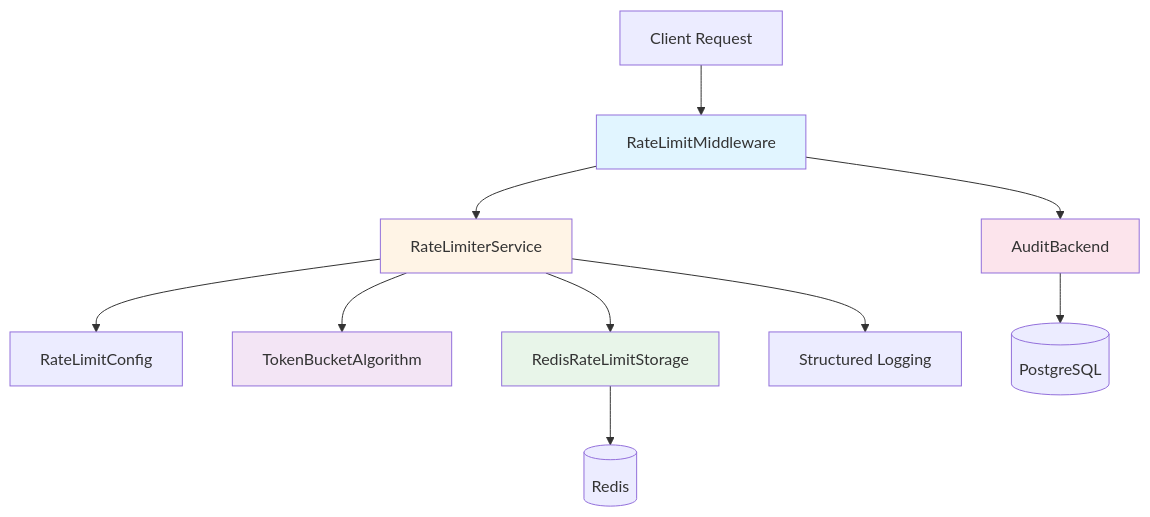
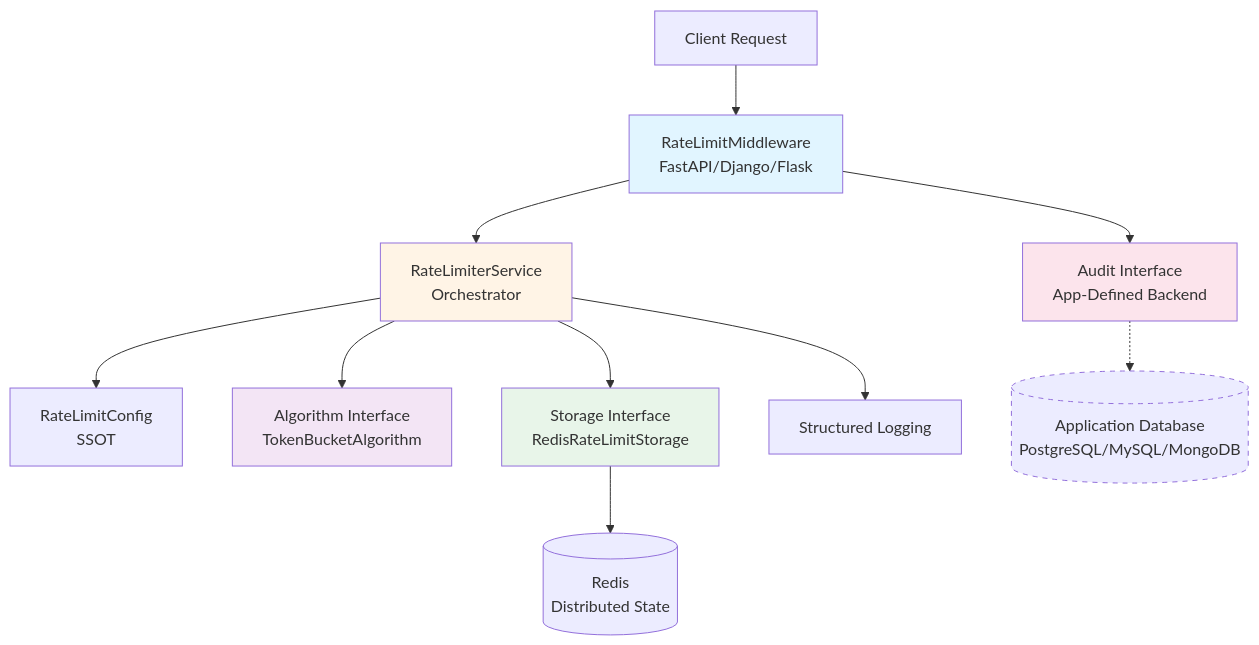
The diagram in src/rate_limiter/docs/architecture.md (faiyaz7283/dashtam-api), drawn with Mermaid before and after one commit. The commit also changed other lines of this file and 26 other files, not shown here.

First line of the commit message:
docs(rate_limiter): update all documentation for Phase 4.6 completion

````diff
--- a/src/rate_limiter/docs/architecture.md
+++ b/src/rate_limiter/docs/architecture.md
@@ -113,23 +118,24 @@
 ```mermaid
 flowchart TB
     Client[Client Request]
     
-    Client --> Middleware[RateLimitMiddleware]
-    Middleware --> Service[RateLimiterService]
-    Service --> Config[RateLimitConfig]
-    Service --> Algorithm[TokenBucketAlgorithm]
-    Service --> Storage[RedisRateLimitStorage]
+    Client --> Middleware[RateLimitMiddleware<br/>FastAPI/Django/Flask]
+    Middleware --> Service[RateLimiterService<br/>Orchestrator]
+    Service --> Config[RateLimitConfig<br/>SSOT]
+    Service --> Algorithm[Algorithm Interface<br/>TokenBucketAlgorithm]
+    Service --> Storage[Storage Interface<br/>RedisRateLimitStorage]
     
-    Middleware --> Audit[AuditBackend]
-    Audit --> Database[(PostgreSQL)]
+    Middleware --> Audit[Audit Interface<br/>App-Defined Backend]
+    Audit -.-> AppDB[(Application Database<br/>PostgreSQL/MySQL/MongoDB)]
     
-    Storage --> Redis[(Redis)]
+    Storage --> Redis[(Redis<br/>Distributed State)]
     
     Service --> Logger[Structured Logging]
     
     style Middleware fill:#e1f5ff
     style Service fill:#fff4e6
     style Algorithm fill:#f3e5f5
     style Storage fill:#e8f5e9
     style Audit fill:#fce4ec
+    style AppDB stroke-dasharray: 5 5
 ```
````
